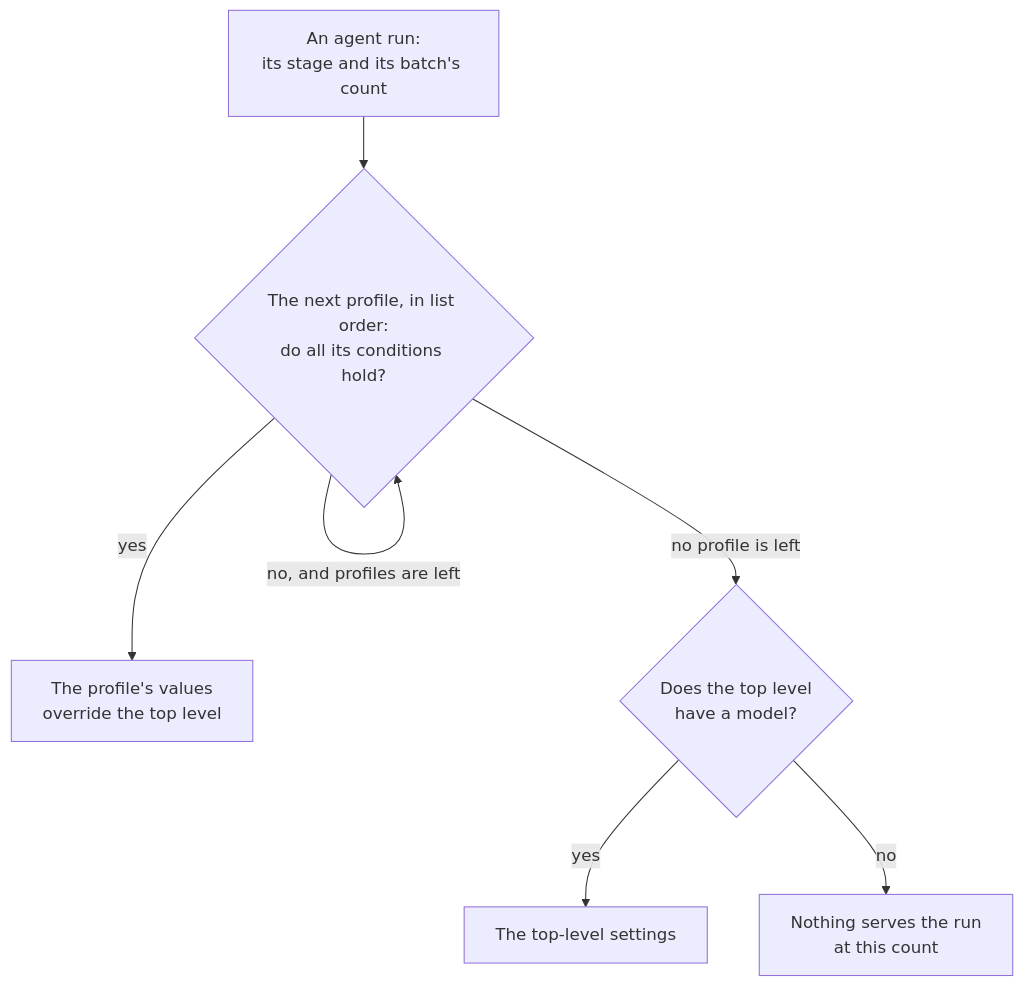
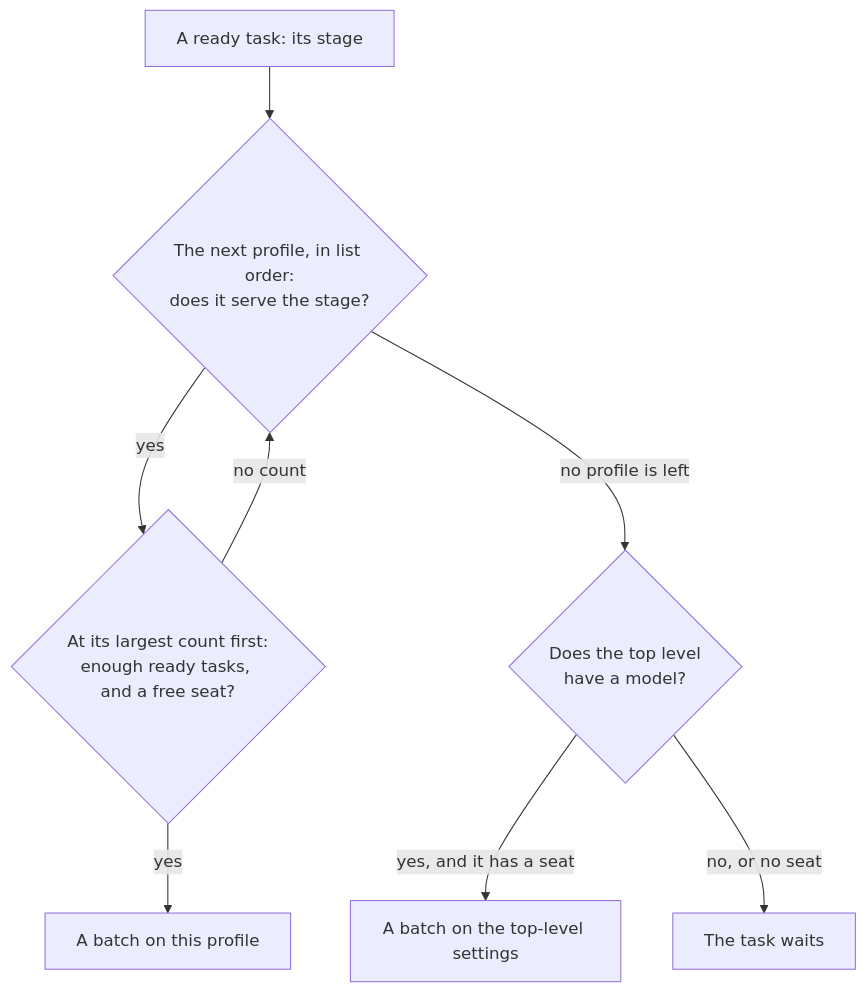
The diagram in docs/settings/profiles.md (codenergy-dev/codeman), drawn with Mermaid before and after one commit. The commit also changed other lines of this file and 11 other files, not shown here.

First line of the commit message:
Document the profiles' order and their fallback

````diff
--- a/docs/settings/profiles.md
+++ b/docs/settings/profiles.md
@@ -50,9 +56,10 @@
 ```mermaid
 flowchart TD
-  R["An agent run:<br/>its stage and its batch's count"] --> Q{"The next profile, in list order:<br/>do all its conditions hold?"}
-  Q -->|yes| P["The profile's values<br/>override the top level"]
-  Q -->|"no, and profiles are left"| Q
+  R["A ready task: its stage"] --> Q{"The next profile, in list order:<br/>does it serve the stage?"}
+  Q -->|yes| C{"At its largest count first:<br/>enough ready tasks, and a free seat?"}
+  C -->|yes| P["A batch on this profile"]
+  C -->|"no count"| Q
   Q -->|"no profile is left"| T{"Does the top level<br/>have a model?"}
-  T -->|yes| Top["The top-level settings"]
-  T -->|no| N["Nothing serves the run<br/>at this count"]
+  T -->|"yes, and it has a seat"| Top["A batch on the top-level settings"]
+  T -->|"no, or no seat"| W["The task waits"]
 ```
````
